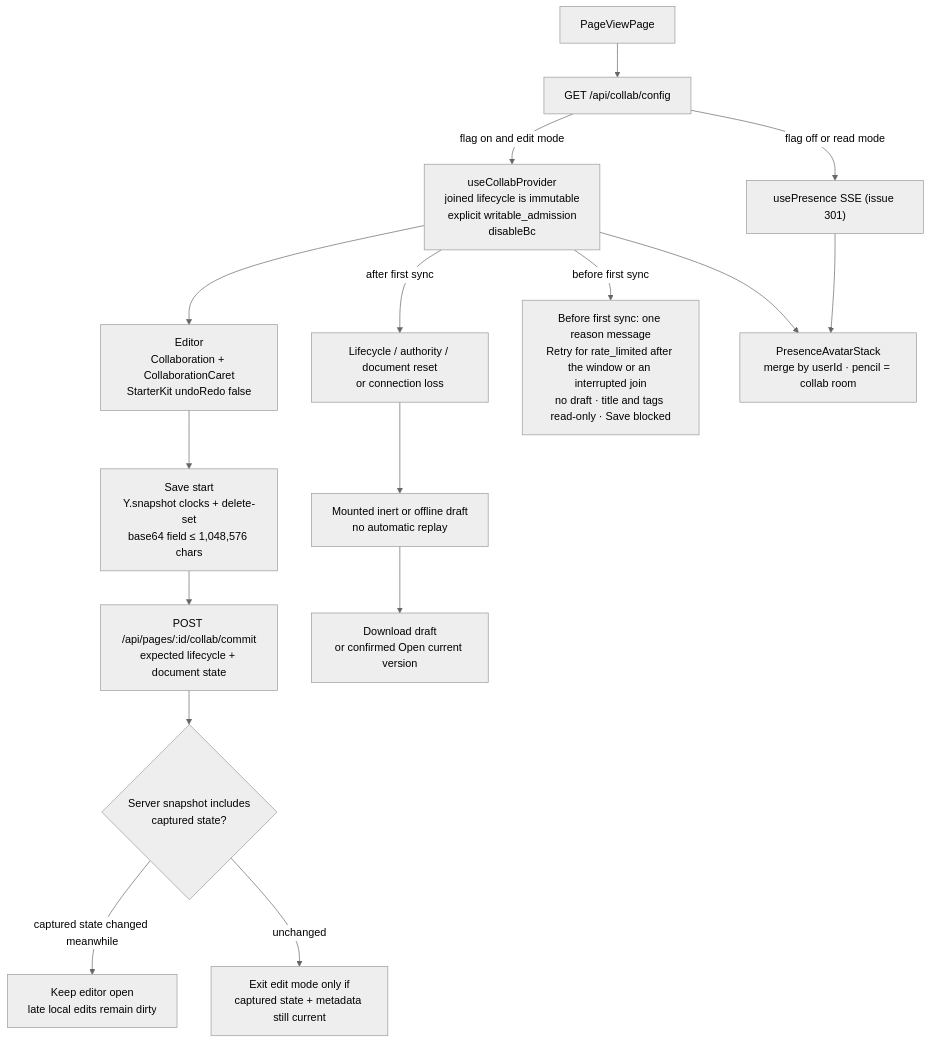
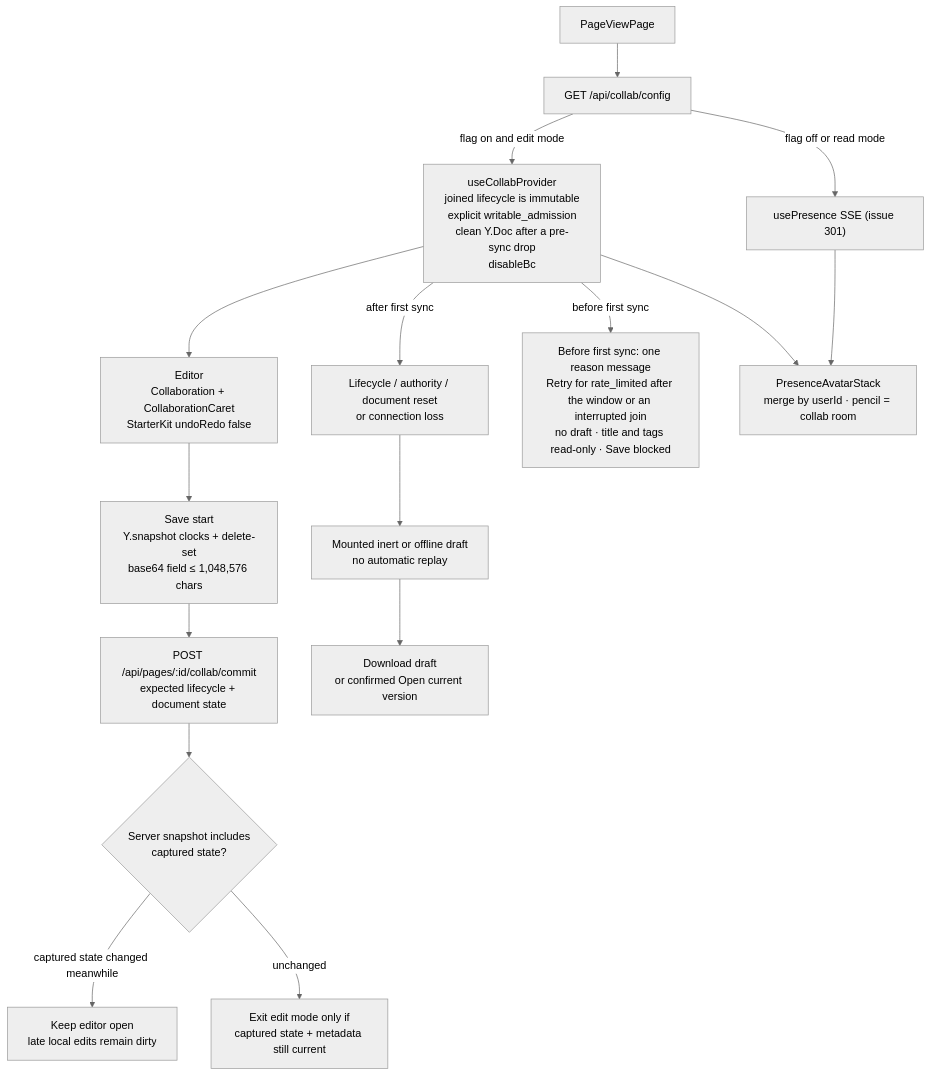
One commit to Compendiq/compendiq-ce changed the fifth of 10 diagrams in docs/architecture/04-frontend-structure.md. Above: the diagram before and after it, drawn with Mermaid (neutral theme). The commit also changed 7 other files, not shown here.

First line of the commit message:
fix(collab): never pin or replay bytes a tab received before its first sync, and clear lineageVerified on demotion (#1928)

````diff
--- a/docs/architecture/04-frontend-structure.md
+++ b/docs/architecture/04-frontend-structure.md
@@ -470,29 +470,29 @@
 ```mermaid
 flowchart TB
     page["PageViewPage"]
     cfg["GET /api/collab/config"]
-    hook["useCollabProvider<br/>joined lifecycle is immutable<br/>explicit writable_admission<br/>disableBc"]
+    hook["useCollabProvider<br/>joined lifecycle is immutable<br/>explicit writable_admission<br/>clean Y.Doc after a pre-sync drop<br/>disableBc"]
     ed["Editor<br/>Collaboration + CollaborationCaret<br/>StarterKit undoRedo false"]
     save["Save start<br/>Y.snapshot clocks + delete-set<br/>base64 field ≤ 1,048,576 chars"]
     api["POST /api/pages/:id/collab/commit<br/>expected lifecycle + document state"]
     ack{"Server snapshot includes<br/>captured state?"}
     stay["Keep editor open<br/>late local edits remain dirty"]
     exit["Exit edit mode only if<br/>captured state + metadata still current"]
     fence["Lifecycle / authority / document reset<br/>or connection loss"]
     draft["Mounted inert or offline draft<br/>no automatic replay"]
     recovery["Download draft<br/>or confirmed Open current version"]
     join["Before first sync: one reason message<br/>Retry for rate_limited after the window or an interrupted join<br/>no draft · title and tags read-only · Save blocked"]
     sse["usePresence SSE (issue 301)"]
     stack["PresenceAvatarStack<br/>merge by userId · pencil = collab room"]
 
     page --> cfg
     cfg -->|flag on and edit mode| hook --> ed
     cfg -->|flag off or read mode| sse
     ed --> save --> api --> ack
     ack -->|captured state changed meanwhile| stay
     ack -->|unchanged| exit
     hook -->|before first sync| join
     hook -->|after first sync| fence --> draft --> recovery
     hook --> stack
     sse --> stack
 ```
````
